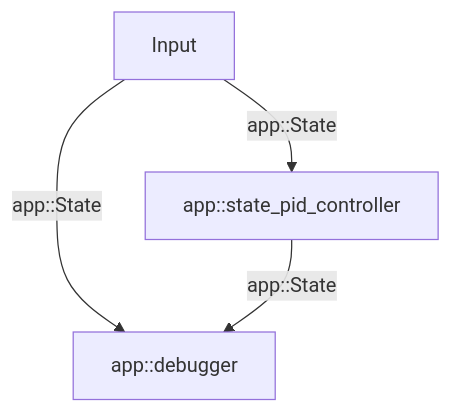
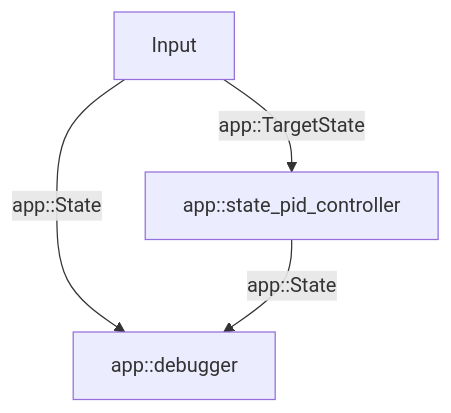
The diagram in README.md (actuate-rs/actuate), drawn with Mermaid before and after one commit.

Commit message:
Update graph output

````diff
--- a/README.md
+++ b/README.md
@@ -30,9 +30,9 @@
 ```mermaid
 graph TD
-  Input[Input] --> |"app::State"| A
+  Input[Input] --> |"app::TargetState"| A
   Input[Input] --> |"app::State"| B
   B["app::debugger"]
   A["app::state_pid_controller"]
   A --> |"app::State"| B
   B["app::debugger"]
 ```
````
